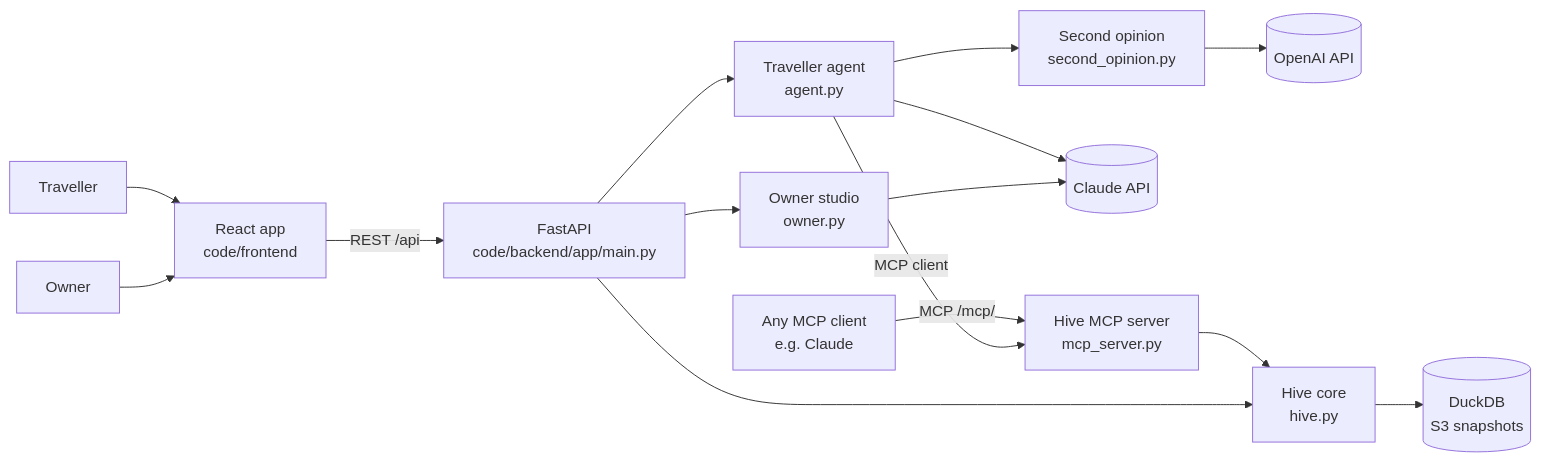
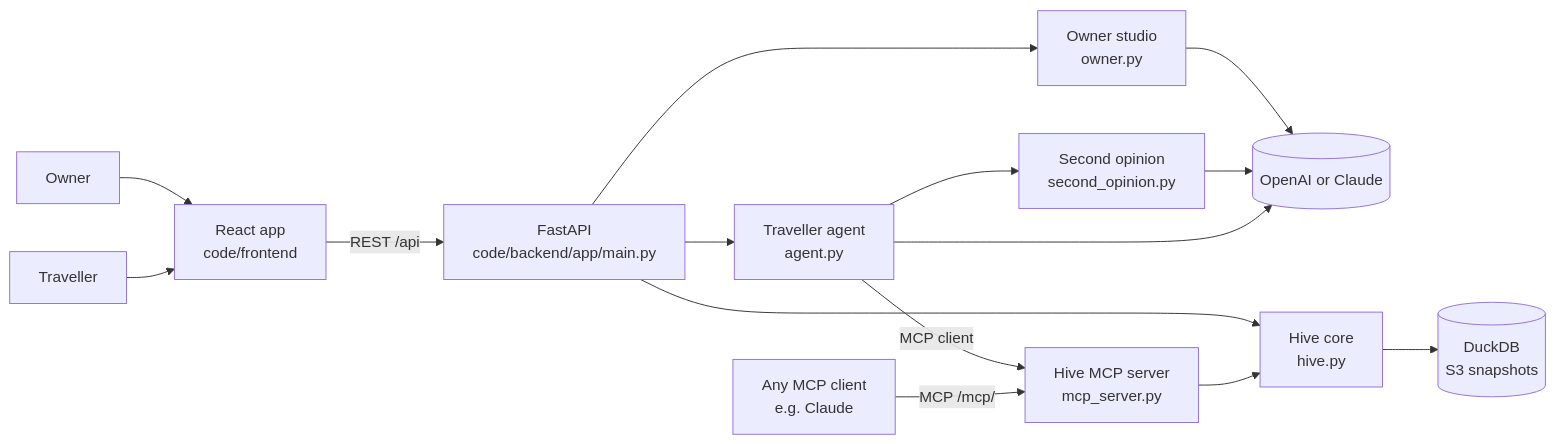
Before and after one commit to reactbias/Adobee-Hive: the diagram in documentation/ARCHITECTURE.md, drawn with Mermaid. The commit also changed other lines of this file and 10 other files, not shown here.

First line of the commit message:
docs: OpenAI first in env, deploy, architecture and agent rules; bootstrap takes either key

````diff
--- a/documentation/ARCHITECTURE.md
+++ b/documentation/ARCHITECTURE.md
@@ -7,15 +7,15 @@
 ```mermaid
 flowchart LR
   T[Traveller] --> UI[React app<br/>code/frontend]
   O[Owner] --> UI
   X[Any MCP client<br/>e.g. Claude] -->|MCP /mcp/| MCP
   UI -->|REST /api| API[FastAPI<br/>code/backend/app/main.py]
   API --> AG[Traveller agent<br/>agent.py]
   AG -->|MCP client| MCP[Hive MCP server<br/>mcp_server.py]
-  AG --> C[(Claude API)]
-  AG --> SO[Second opinion<br/>second_opinion.py] --> OA[(OpenAI API)]
+  AG --> C[(OpenAI or Claude)]
+  AG --> SO[Second opinion<br/>second_opinion.py] --> C
   API --> OW[Owner studio<br/>owner.py] --> C
   MCP --> H[Hive core<br/>hive.py]
   API --> H
   H --> DB[(DuckDB<br/>S3 snapshots)]
 ```
````
